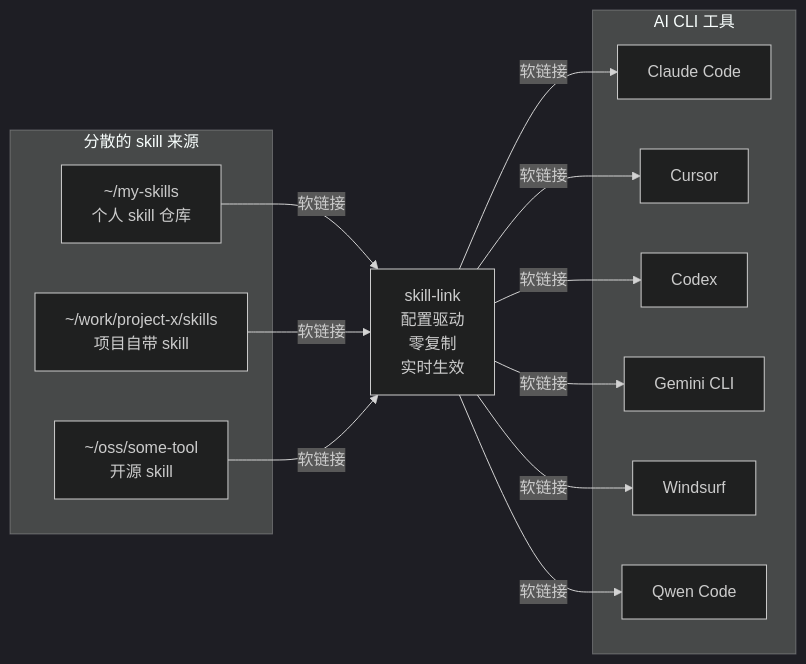
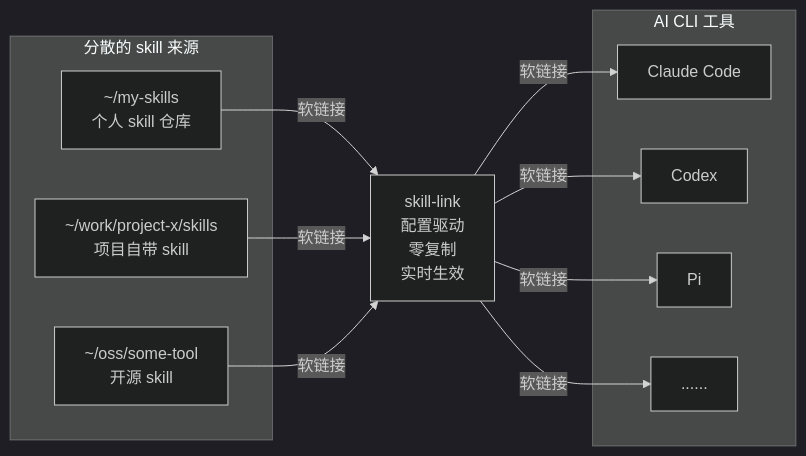
One commit to xesam/ai-skill-link changed the diagram in README.md. Above: the diagram before and after it, drawn with Mermaid (dark theme). The commit also changed other lines of this file and 8 other files, not shown here.

````diff
--- a/README.md
+++ b/README.md
@@ -13,29 +13,25 @@
 ```mermaid
 graph LR
     subgraph S["分散的 skill 来源"]
         A["~/my-skills<br/>个人 skill 仓库"]
         B["~/work/project-x/skills<br/>项目自带 skill"]
         C["~/oss/some-tool<br/>开源 skill"]
     end
 
     LINK["skill-link<br/>配置驱动<br/>零复制<br/>实时生效"]
 
     subgraph T["AI CLI 工具"]
         D["Claude Code"]
-        E["Cursor"]
         F["Codex"]
-        G["Gemini CLI"]
-        H["Windsurf"]
-        I["Qwen Code"]
+        J["Pi"]
+        K["......"]
     end
 
     A -->|软链接| LINK
     B -->|软链接| LINK
     C -->|软链接| LINK
     LINK -->|软链接| D
-    LINK -->|软链接| E
     LINK -->|软链接| F
-    LINK -->|软链接| G
-    LINK -->|软链接| H
-    LINK -->|软链接| I
+    LINK -->|软链接| J
+    LINK -->|软链接| K
 ```
````
